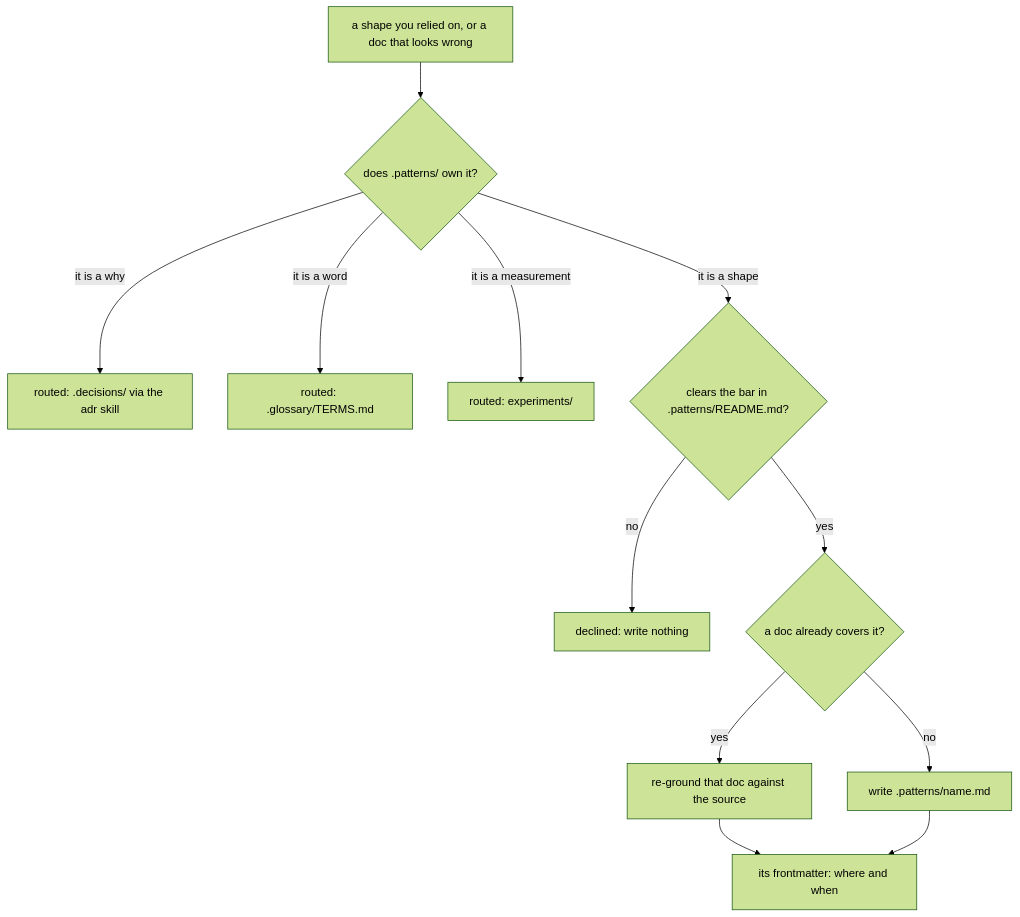
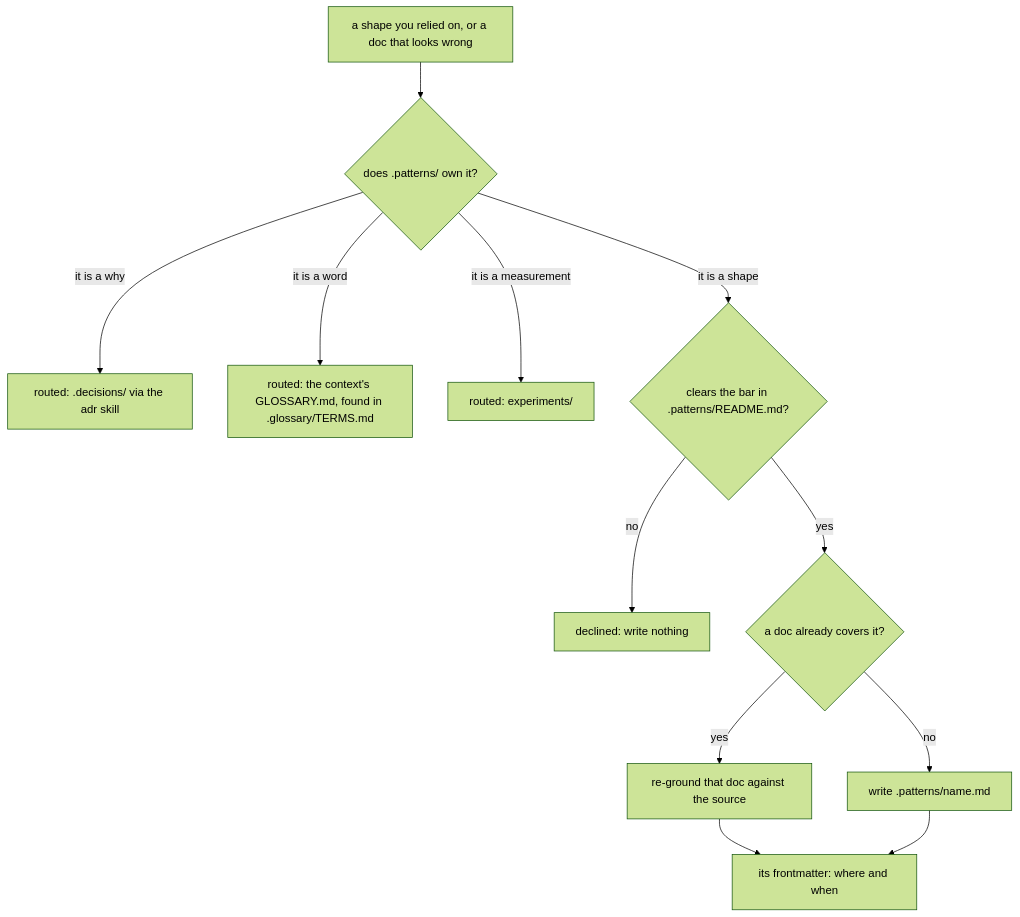
Before and after one commit to kamp-us/tea-fabrika: the diagram in .agents/skills/write-pattern/SKILL.md, drawn with Mermaid (forest theme). The commit also changed other lines of this file and 11 other files, not shown here.

First line of the commit message:
The glossary starts over as a one-page map of contexts, and review checks that a new domain word is in its context's glossary

````diff
--- a/.agents/skills/write-pattern/SKILL.md
+++ b/.agents/skills/write-pattern/SKILL.md
@@ -17,14 +17,14 @@
 ```mermaid
 flowchart TD
   start["a shape you relied on, or a doc that looks wrong"] --> owns{"does .patterns/ own it?"}
   owns -- "it is a why" --> routed["routed: .decisions/ via the adr skill"]
-  owns -- "it is a word" --> routedWord["routed: .glossary/TERMS.md"]
+  owns -- "it is a word" --> routedWord["routed: the context's GLOSSARY.md, found in .glossary/TERMS.md"]
   owns -- "it is a measurement" --> routedExp["routed: experiments/"]
   owns -- "it is a shape" --> bar{"clears the bar in .patterns/README.md?"}
   bar -- no --> declined["declined: write nothing"]
   bar -- yes --> exists{"a doc already covers it?"}
   exists -- yes --> reground["re-ground that doc against the source"]
   exists -- no --> write["write .patterns/name.md"]
   reground --> register["its frontmatter: where and when"]
   write --> register
 ```
````
